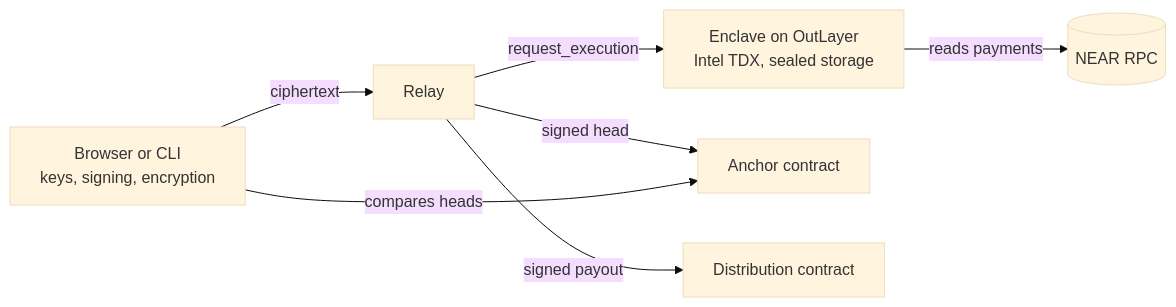
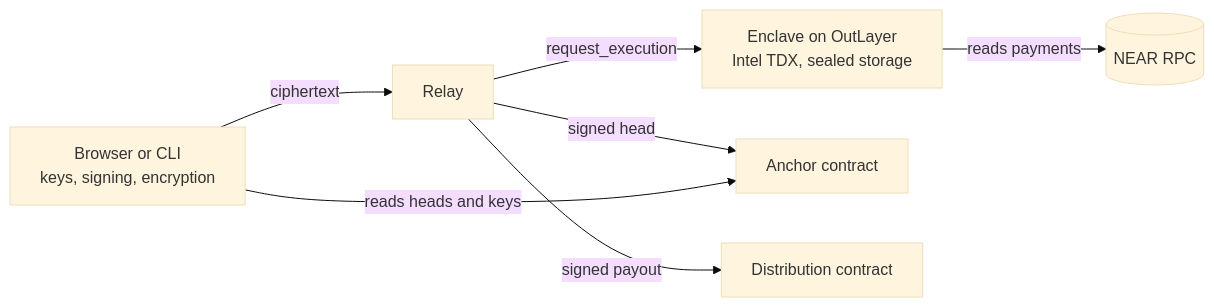
Before and after one commit to Elioz404/Undiluted: the diagram in README.md, drawn with Mermaid (base theme). The commit also changed other lines of this file and 4 other files, not shown here.

````diff
--- a/README.md
+++ b/README.md
@@ -141,9 +158,9 @@
 ```mermaid
 flowchart LR
   B[Browser or CLI<br/>keys, signing, encryption] -- ciphertext --> R[Relay]
   R -- request_execution --> E[Enclave on OutLayer<br/>Intel TDX, sealed storage]
   E -- reads payments --> N[(NEAR RPC)]
   R -- signed head --> A[Anchor contract]
   R -- signed payout --> D[Distribution contract]
-  B -- compares heads --> A
+  B -- reads heads and keys --> A
 ```
````
